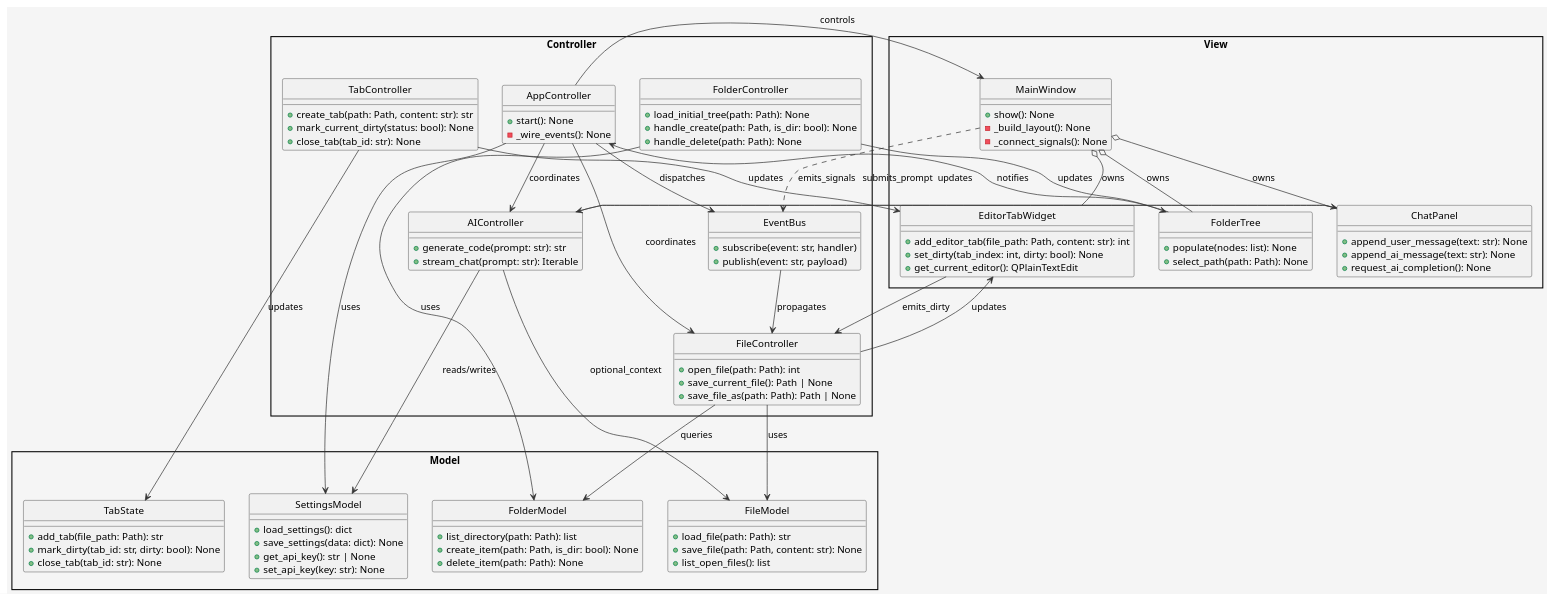
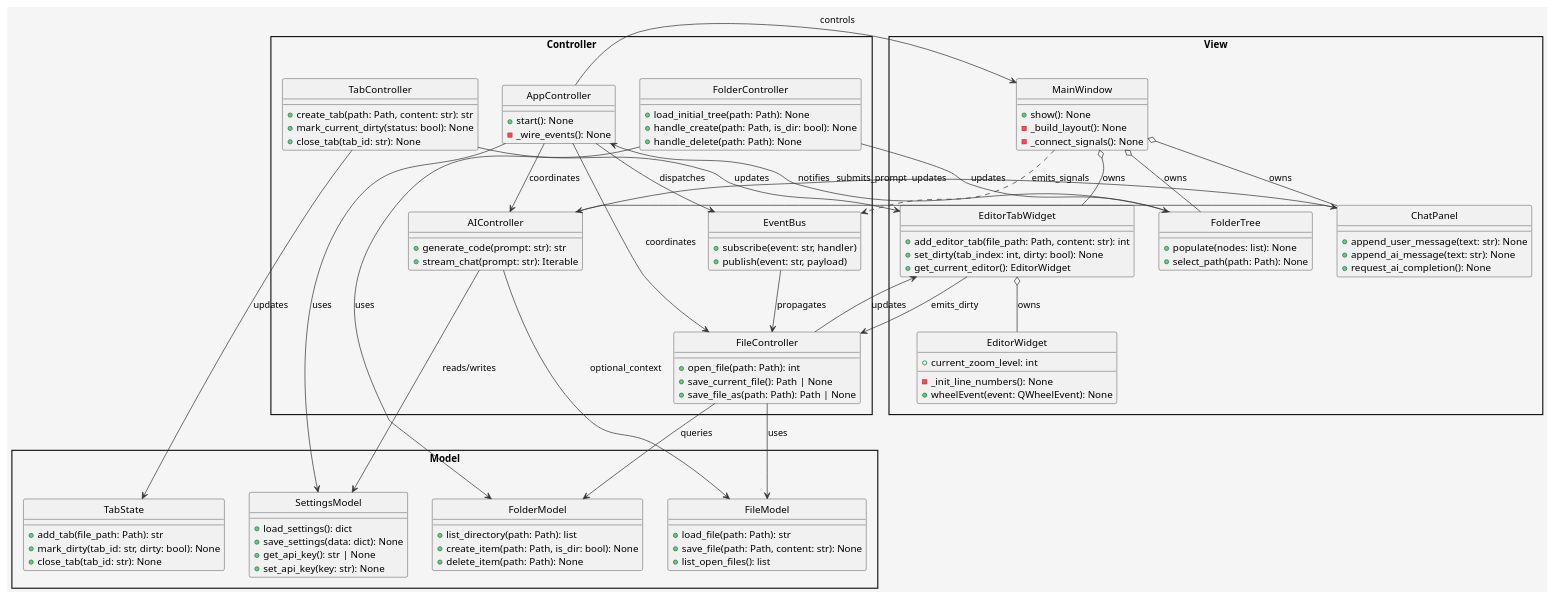
Before and after one commit to tt2tt/my_editor: the diagram in design/architecture.puml, drawn with PlantUML. The commit also changed 5 other files, not shown here.

```diff
--- a/design/architecture.puml
+++ b/design/architecture.puml
@@ -1,126 +1,133 @@
 @startuml ArchitectureDiagram
 ' MVC構造のクラス図。ControllerがModelとView間の仲介を行う。
 skinparam style strictuml
 skinparam packageStyle rectangle
 skinparam backgroundColor #f5f5f5
 skinparam ArrowColor #333333
 skinparam ArrowThickness 1
 skinparam defaultTextAlignment center
 
 package "Model" {
   class FileModel {
     +load_file(path: Path): str
     +save_file(path: Path, content: str): None
     +list_open_files(): list
   }
 
   class FolderModel {
     +list_directory(path: Path): list
     +create_item(path: Path, is_dir: bool): None
     +delete_item(path: Path): None
   }
 
   class TabState {
     +add_tab(file_path: Path): str
     +mark_dirty(tab_id: str, dirty: bool): None
     +close_tab(tab_id: str): None
   }
 
   class SettingsModel {
     +load_settings(): dict
     +save_settings(data: dict): None
     +get_api_key(): str | None
     +set_api_key(key: str): None
   }
 }
 
 package "View" {
   class MainWindow {
     +show(): None
     -_build_layout(): None
     -_connect_signals(): None
   }
 
   class EditorTabWidget {
     +add_editor_tab(file_path: Path, content: str): int
     +set_dirty(tab_index: int, dirty: bool): None
-    +get_current_editor(): QPlainTextEdit
+    +get_current_editor(): EditorWidget
+  }
+
+  class EditorWidget {
+    +current_zoom_level: int
+    -_init_line_numbers(): None
+    +wheelEvent(event: QWheelEvent): None
   }
 
   class FolderTree {
     +populate(nodes: list): None
     +select_path(path: Path): None
   }
 
   class ChatPanel {
     +append_user_message(text: str): None
     +append_ai_message(text: str): None
     +request_ai_completion(): None
   }
 }
 
 package "Controller" {
   class AppController {
     +start(): None
     -_wire_events(): None
   }
 
   class EventBus {
     +subscribe(event: str, handler)
     +publish(event: str, payload)
   }
 
   class FileController {
     +open_file(path: Path): int
     +save_current_file(): Path | None
     +save_file_as(path: Path): Path | None
   }
 
   class FolderController {
     +load_initial_tree(path: Path): None
     +handle_create(path: Path, is_dir: bool): None
     +handle_delete(path: Path): None
   }
 
   class TabController {
     +create_tab(path: Path, content: str): str
     +mark_current_dirty(status: bool): None
     +close_tab(tab_id: str): None
   }
 
   class AIController {
     +generate_code(prompt: str): str
     +stream_chat(prompt: str): Iterable
   }
 }
 
 AppController --> MainWindow : controls
 AppController --> FileController : coordinates
 AppController --> AIController : coordinates
 AppController --> SettingsModel : uses
 AppController --> EventBus : dispatches
 
 FileController --> FileModel : uses
 FileController --> EditorTabWidget : updates
 FileController --> FolderModel : queries
 FolderController --> FolderModel : uses
 FolderController --> FolderTree : updates
 TabController --> TabState : updates
 TabController --> EditorTabWidget : updates
+EditorTabWidget o-- EditorWidget : owns
 
 AIController --> ChatPanel : updates
 AIController --> SettingsModel : reads/writes
 AIController --> FileModel : optional_context
 
 MainWindow -[dashed]-> EventBus : emits_signals
 EventBus --> FileController : propagates
 
 MainWindow o-- EditorTabWidget : owns
 MainWindow o-- FolderTree : owns
 MainWindow o-- ChatPanel : owns
 
 FolderTree --> AppController : notifies
 EditorTabWidget --> FileController : emits_dirty
 ChatPanel --> AIController : submits_prompt
 
 @enduml
```
